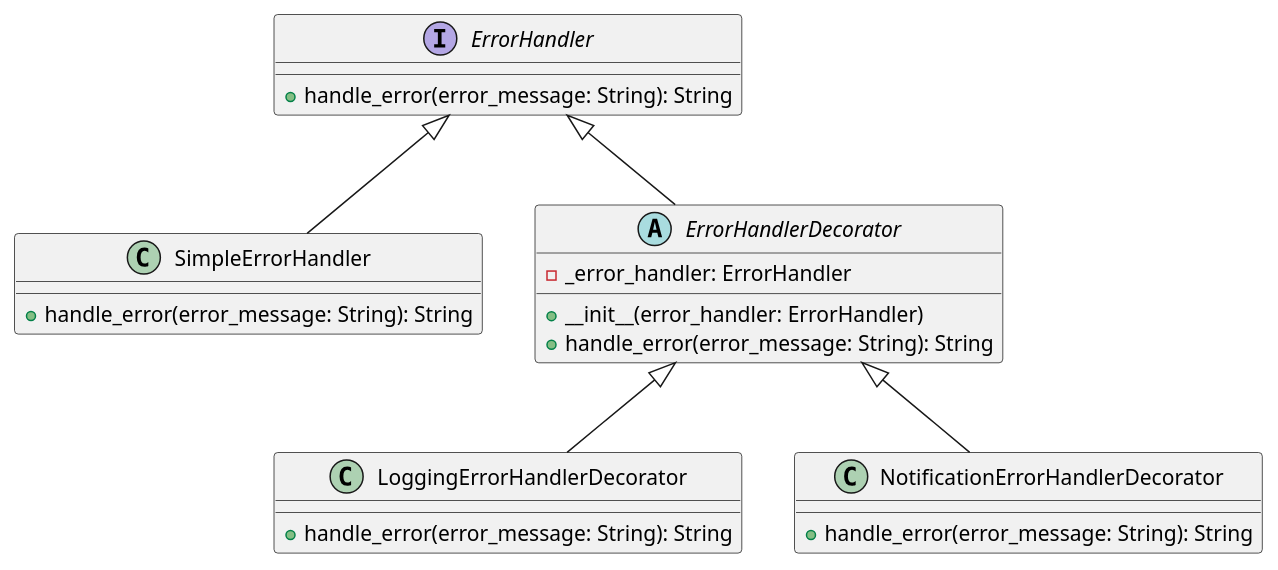
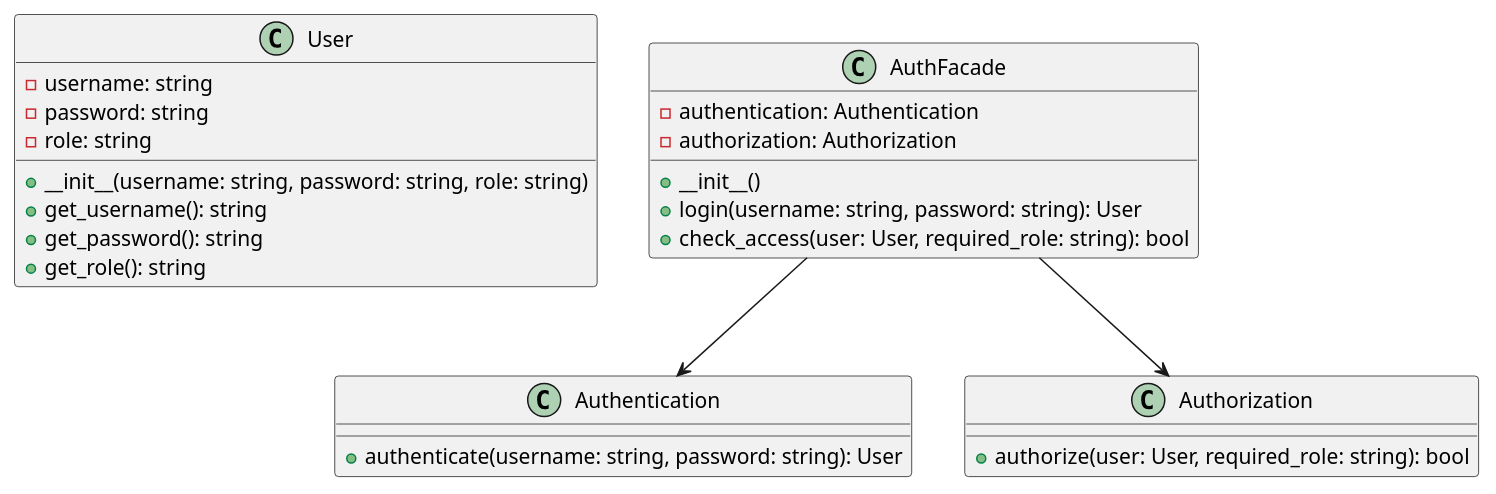
Before and after one commit to andrewovchinnikov/design-patterns: the diagram in klassifikaciya-patternov/structural-patterns/fasad-facade/primery/autentifikaciya-i-avtorizaciya/python.md, drawn with PlantUML. The commit also changed other lines of this file and 66 other files, not shown here.

````diff
--- a/klassifikaciya-patternov/structural-patterns/fasad-facade/primery/autentifikaciya-i-avtorizaciya/python.md
+++ b/klassifikaciya-patternov/structural-patterns/fasad-facade/primery/autentifikaciya-i-avtorizaciya/python.md
@@ -88,30 +98,34 @@
 ```plantuml
 @startuml
-interface ErrorHandler {
-    +handle_error(error_message: String): String
+
+class User {
+    -username: string
+    -password: string
+    -role: string
+    +__init__(username: string, password: string, role: string)
+    +get_username(): string
+    +get_password(): string
+    +get_role(): string
 }
 
-class SimpleErrorHandler {
-    +handle_error(error_message: String): String
+class Authentication {
+    +authenticate(username: string, password: string): User
 }
 
-abstract class ErrorHandlerDecorator {
-    -_error_handler: ErrorHandler
-    +__init__(error_handler: ErrorHandler)
-    +handle_error(error_message: String): String
+class Authorization {
+    +authorize(user: User, required_role: string): bool
 }
 
-class LoggingErrorHandlerDecorator {
-    +handle_error(error_message: String): String
+class AuthFacade {
+    -authentication: Authentication
+    -authorization: Authorization
+    +__init__()
+    +login(username: string, password: string): User
+    +check_access(user: User, required_role: string): bool
 }
 
-class NotificationErrorHandlerDecorator {
-    +handle_error(error_message: String): String
-}
+AuthFacade --> Authentication
+AuthFacade --> Authorization
 
-ErrorHandler <|-- SimpleErrorHandler
-ErrorHandler <|-- ErrorHandlerDecorator
-ErrorHandlerDecorator <|-- LoggingErrorHandlerDecorator
-ErrorHandlerDecorator <|-- NotificationErrorHandlerDecorator
 @enduml
 ```
````
